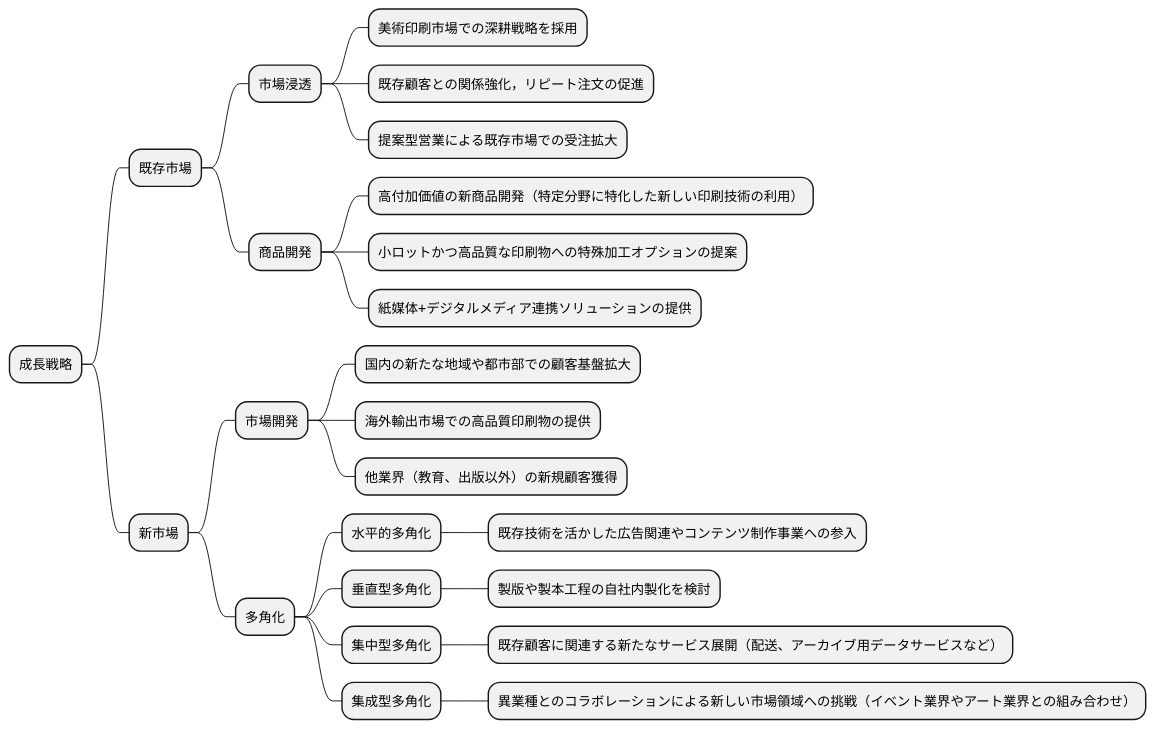
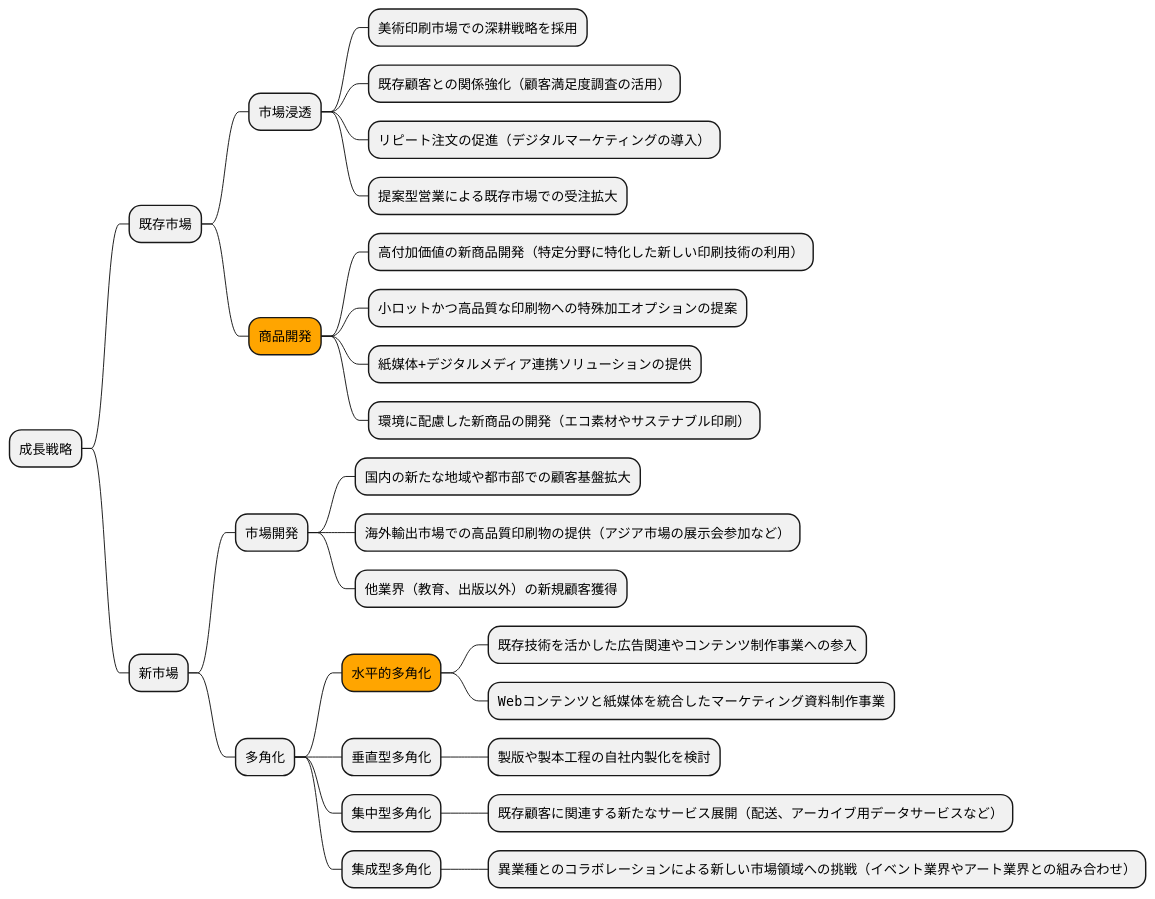
The sixth of 19 diagrams in docs/case/r03_case_1.adoc (k2works/case-study-business-analysis), drawn with PlantUML before and after one commit. The commit also changed other lines of this file, not shown here.

```diff
--- a/docs/case/r03_case_1.adoc
+++ b/docs/case/r03_case_1.adoc
@@ -201,31 +211,34 @@
 [plantuml]
 ----
 @startmindmap
 
 * 成長戦略
 ** 既存市場
 *** 市場浸透
 **** 美術印刷市場での深耕戦略を採用
-**** 既存顧客との関係強化，リピート注文の促進
+**** 既存顧客との関係強化（顧客満足度調査の活用）
+**** リピート注文の促進（デジタルマーケティングの導入）
 **** 提案型営業による既存市場での受注拡大
-*** 商品開発
+***[#orange] 商品開発
 **** 高付加価値の新商品開発（特定分野に特化した新しい印刷技術の利用）
 **** 小ロットかつ高品質な印刷物への特殊加工オプションの提案
 **** 紙媒体+デジタルメディア連携ソリューションの提供
+**** 環境に配慮した新商品の開発（エコ素材やサステナブル印刷）
 ** 新市場
 *** 市場開発
 **** 国内の新たな地域や都市部での顧客基盤拡大
-**** 海外輸出市場での高品質印刷物の提供
+**** 海外輸出市場での高品質印刷物の提供（アジア市場の展示会参加など）
 **** 他業界（教育、出版以外）の新規顧客獲得
 *** 多角化
-**** 水平的多角化
+****[#orange] 水平的多角化
 ***** 既存技術を活かした広告関連やコンテンツ制作事業への参入
+***** Webコンテンツと紙媒体を統合したマーケティング資料制作事業
 **** 垂直型多角化
 ***** 製版や製本工程の自社内製化を検討
 **** 集中型多角化
 ***** 既存顧客に関連する新たなサービス展開（配送、アーカイブ用データサービスなど）
 **** 集成型多角化
 ***** 異業種とのコラボレーションによる新しい市場領域への挑戦（イベント業界やアート業界との組み合わせ）
 
 @endmindmap
 ----
```
